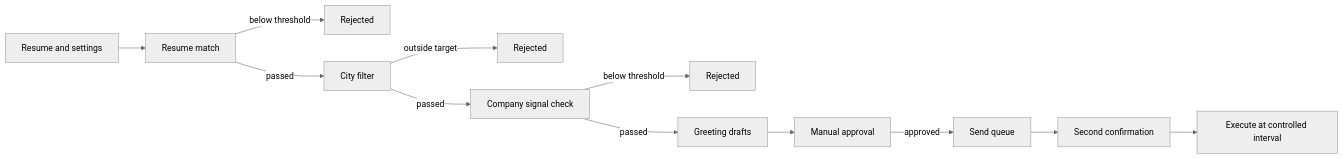
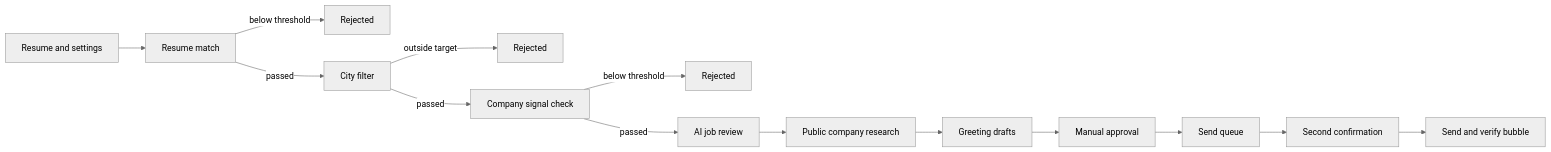
One commit to TAN123TYL/boss-job-assistant changed the diagram in docs/architecture.md. Above: the diagram before and after it, drawn with Mermaid (neutral theme). The commit also changed other lines of this file and 35 other files, not shown here.

Commit message:
feat: add AI screening and verified send queue

````diff
--- a/docs/architecture.md
+++ b/docs/architecture.md
@@ -41,14 +44,16 @@
 ```mermaid
 flowchart LR
   A[Resume and settings] --> B[Resume match]
   B -->|below threshold| R1[Rejected]
   B -->|passed| C[City filter]
   C -->|outside target| R2[Rejected]
   C -->|passed| D[Company signal check]
   D -->|below threshold| R3[Rejected]
-  D -->|passed| E[Greeting drafts]
-  E --> F[Manual approval]
-  F -->|approved| G[Send queue]
-  G --> H[Second confirmation]
-  H --> I[Execute at controlled interval]
+  D -->|passed| D2[AI job review]
+  D2 --> E[Public company research]
+  E --> F[Greeting drafts]
+  F --> G[Manual approval]
+  G --> H[Send queue]
+  H --> I[Second confirmation]
+  I --> J[Send and verify bubble]
 ```
````
